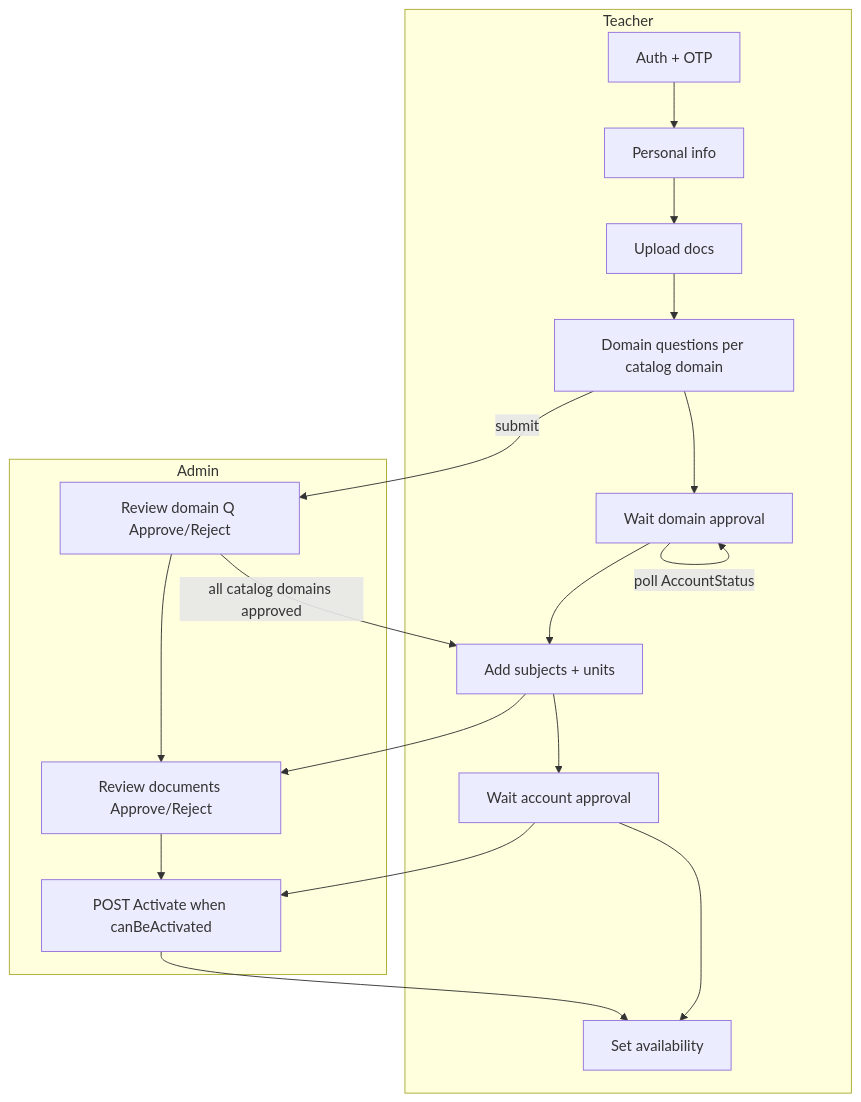
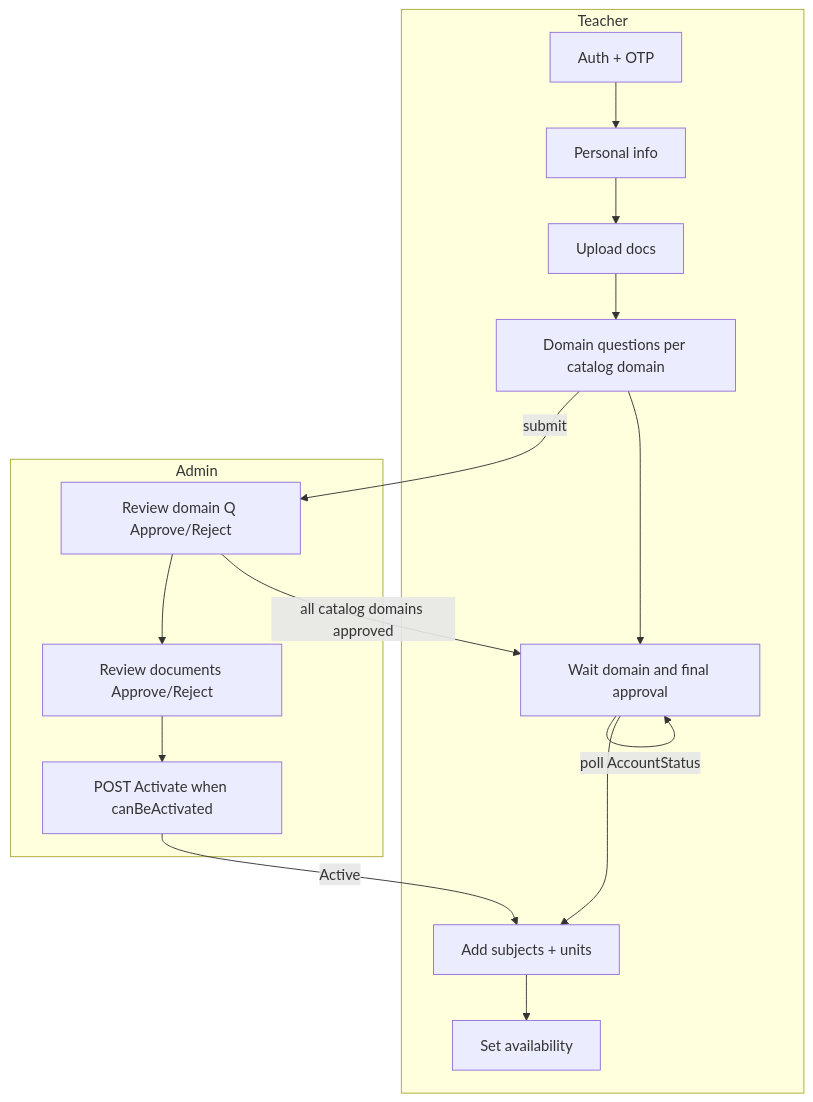
One commit to Mozaffer249/Qalam changed the first of 4 diagrams in docs/Teacher-Registration-Cycle.md. Above: the diagram before and after it, drawn with Mermaid. The commit also changed other lines of this file and 4 other files, not shown here.

First line of the commit message:
refactor(teacher-registration): update subject addition logic and registration flow

````diff
--- a/docs/Teacher-Registration-Cycle.md
+++ b/docs/Teacher-Registration-Cycle.md
@@ -34,28 +34,25 @@
 ```mermaid
 flowchart TD
   subgraph teacher [Teacher]
     A0[Auth + OTP]
     A1[Personal info]
     A2[Upload docs]
     A3[Domain questions per catalog domain]
-    A4[Wait domain approval]
+    A4[Wait domain and final approval]
     A5[Add subjects + units]
-    A6[Wait account approval]
-    A7[Set availability]
-    A0 --> A1 --> A2 --> A3 --> A4 --> A5 --> A6 --> A7
+    A6[Set availability]
+    A0 --> A1 --> A2 --> A3 --> A4 --> A5 --> A6
   end
 
   subgraph admin [Admin]
     B1[Review domain Q Approve/Reject]
     B2[Review documents Approve/Reject]
     B3[POST Activate when canBeActivated]
     B1 --> B2 --> B3
   end
 
   A3 -->|submit| B1
   A4 -->|poll AccountStatus| A4
-  B1 -->|all catalog domains approved| A5
-  A5 --> B2
-  A6 --> B3
-  B3 --> A7
+  B1 -->|all catalog domains approved| A4
+  B3 -->|Active| A5
 ```
````
